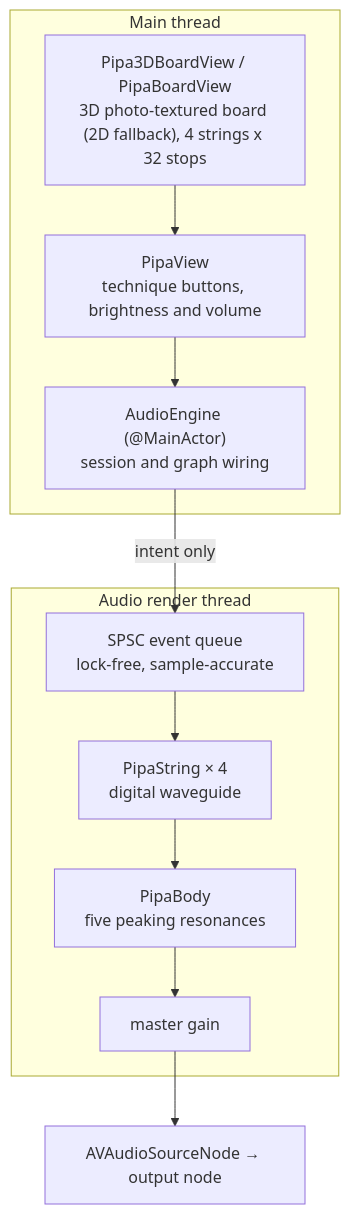
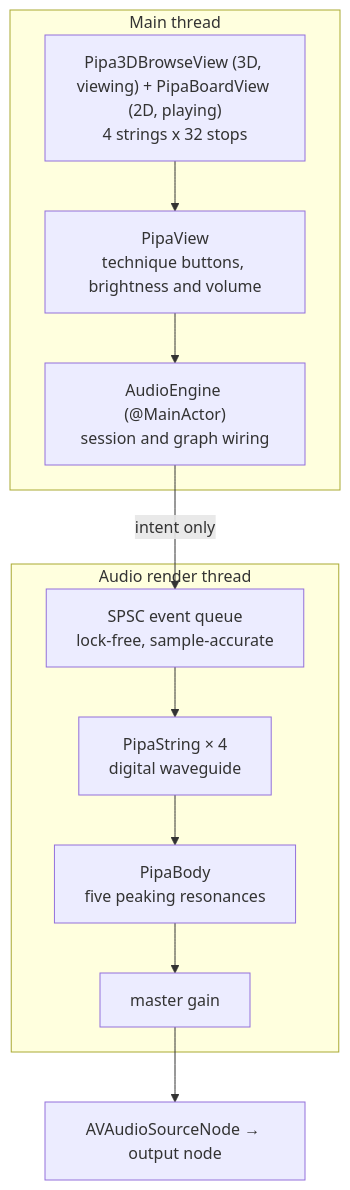
The first of 2 diagrams in README.md (ZehuiWU2009/ElectricPipa), drawn with Mermaid before and after one commit. The commit also changed other lines of this file and 26 other files, not shown here.

First line of the commit message:
Fit the synthesis to recordings and separate viewing from playing

````diff
--- a/README.md
+++ b/README.md
@@ -104,21 +104,21 @@
 ```mermaid
 flowchart TB
     subgraph MAIN ["Main thread"]
-        U1["Pipa3DBoardView / PipaBoardView<br/>3D photo-textured board (2D fallback), 4 strings x 32 stops"]
+        U1["Pipa3DBrowseView (3D, viewing) + PipaBoardView (2D, playing)<br/>4 strings x 32 stops"]
         U2["PipaView<br/>technique buttons, brightness and volume"]
         U3["AudioEngine (@MainActor)<br/>session and graph wiring"]
     end
     subgraph AUDIO ["Audio render thread"]
         Q["SPSC event queue<br/>lock-free, sample-accurate"]
         S1["PipaString × 4<br/>digital waveguide"]
         B["PipaBody<br/>five peaking resonances"]
         G["master gain"]
     end
     U1 --> U2
     U2 --> U3
     U3 -->|"intent only"| Q
     Q --> S1
     S1 --> B
     B --> G
     G --> OUT["AVAudioSourceNode → output node"]
 ```
````
